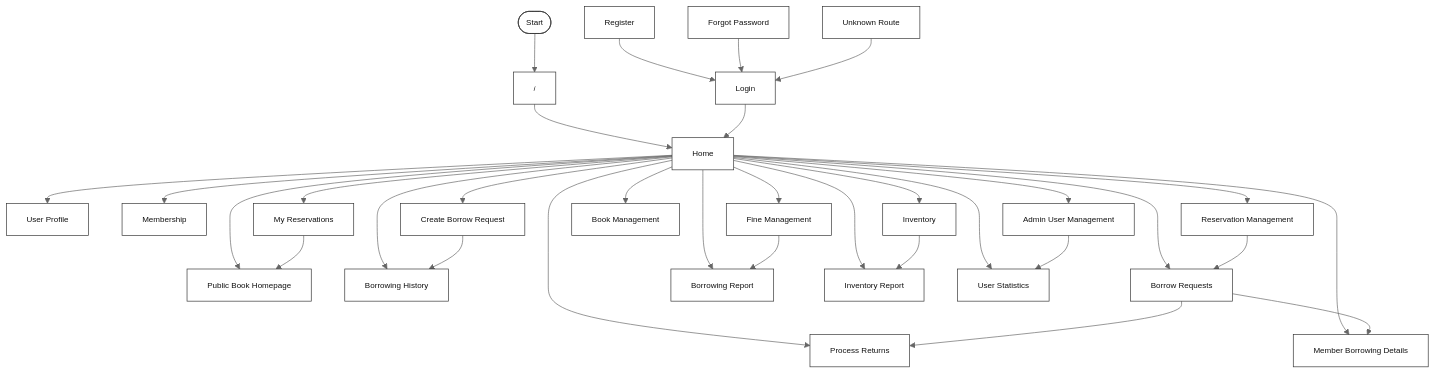
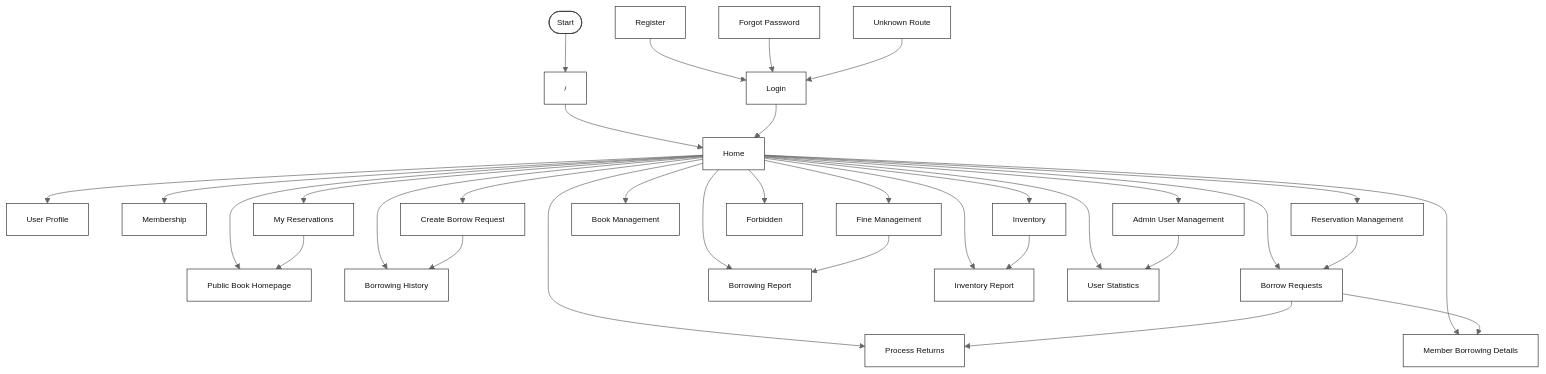
Before and after one commit to SWP391-LibraryManagement/LibraryManagement: the second of 4 diagrams in document/RDS.md, drawn with Mermaid (neutral theme). The commit also changed other lines of this file, not shown here.

````diff
--- a/document/RDS.md
+++ b/document/RDS.md
@@ -235,67 +236,69 @@
 ```mermaid
 flowchart TB
   Start([Start])
   Root["/"]
   Login["Login"]
   Register["Register"]
   ForgotPassword["Forgot Password"]
   Home["Home"]
   PublicHome["Public Book Homepage"]
   Profile["User Profile"]
   Membership["Membership"]
   BorrowNew["Create Borrow Request"]
   BorrowHistory["Borrowing History"]
   MyReservations["My Reservations"]
   AdminUsers["Admin User Management"]
   FineManagement["Fine Management"]
   Inventory["Inventory"]
   BookManagement["Book Management"]
   BorrowRequests["Borrow Requests"]
   ProcessReturns["Process Returns"]
   MemberBorrowing["Member Borrowing Details"]
   ReservationsAdmin["Reservation Management"]
   BorrowingReport["Borrowing Report"]
   InventoryReport["Inventory Report"]
   UserStatistics["User Statistics"]
+  Forbidden["Forbidden"]
   NotFound["Unknown Route"]
 
   Start --> Root
   Root --> Home
 
   Login --> Home
   Register --> Login
   ForgotPassword --> Login
+  Home --> Forbidden
   NotFound --> Login
 
   Home --> PublicHome
   Home --> Profile
   Home --> Membership
   Home --> BorrowNew
   Home --> BorrowHistory
   Home --> MyReservations
   Home --> AdminUsers
   Home --> FineManagement
   Home --> Inventory
   Home --> BookManagement
   Home --> BorrowRequests
   Home --> ProcessReturns
   Home --> MemberBorrowing
   Home --> ReservationsAdmin
   Home --> BorrowingReport
   Home --> InventoryReport
   Home --> UserStatistics
 
   BorrowNew --> BorrowHistory
   MyReservations --> PublicHome
   BorrowRequests --> ProcessReturns
   BorrowRequests --> MemberBorrowing
   ReservationsAdmin --> BorrowRequests
   FineManagement --> BorrowingReport
   Inventory --> InventoryReport
   AdminUsers --> UserStatistics
 
   classDef screen fill:#ffffff,stroke:#333333,stroke-width:1px,font-size:12px,color:#111111;
   classDef startEnd fill:#ffffff,stroke:#333333,stroke-width:1px,font-size:12px,color:#111111;
   class Start startEnd;
-  class Root,Login,Register,ForgotPassword,Home,PublicHome,Profile,Membership,BorrowNew,BorrowHistory,MyReservations,AdminUsers,FineManagement,Inventory,BookManagement,BorrowRequests,ProcessReturns,MemberBorrowing,ReservationsAdmin,BorrowingReport,InventoryReport,UserStatistics,NotFound screen;
+  class Root,Login,Register,ForgotPassword,Home,PublicHome,Profile,Membership,BorrowNew,BorrowHistory,MyReservations,AdminUsers,FineManagement,Inventory,BookManagement,BorrowRequests,ProcessReturns,MemberBorrowing,ReservationsAdmin,BorrowingReport,InventoryReport,UserStatistics,Forbidden,NotFound screen;
 ```
````
